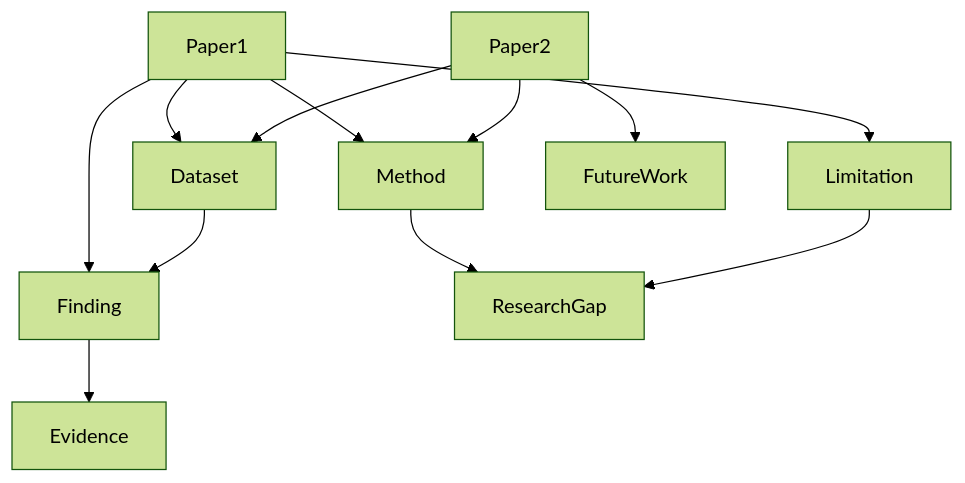
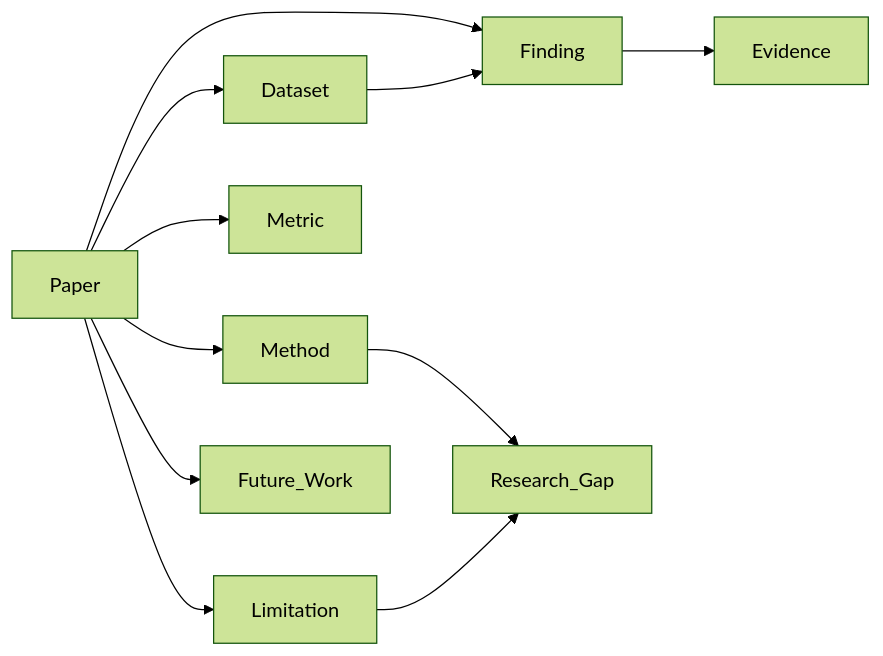
Before and after one commit to farahalmujaljel/Burhan: the second of 5 diagrams in README.md, drawn with Mermaid (forest theme). The commit also changed other lines of this file, not shown here.

````diff
--- a/README.md
+++ b/README.md
@@ -99,25 +130,23 @@
 ```mermaid
-graph TD
+graph LR
 
-Paper1 --> Method
+    Paper --> Method
 
-Paper1 --> Dataset
+    Paper --> Dataset
 
-Paper1 --> Finding
+    Paper --> Metric
 
-Paper1 --> Limitation
+    Paper --> Finding
 
-Paper2 --> Method
+    Paper --> Limitation
 
-Paper2 --> Dataset
+    Paper --> Future_Work
 
-Paper2 --> FutureWork
+    Method --> Research_Gap
 
-Method --> ResearchGap
+    Dataset --> Finding
 
-Dataset --> Finding
+    Limitation --> Research_Gap
 
-Finding --> Evidence
-
-Limitation --> ResearchGap
+    Finding --> Evidence
 ```
````
